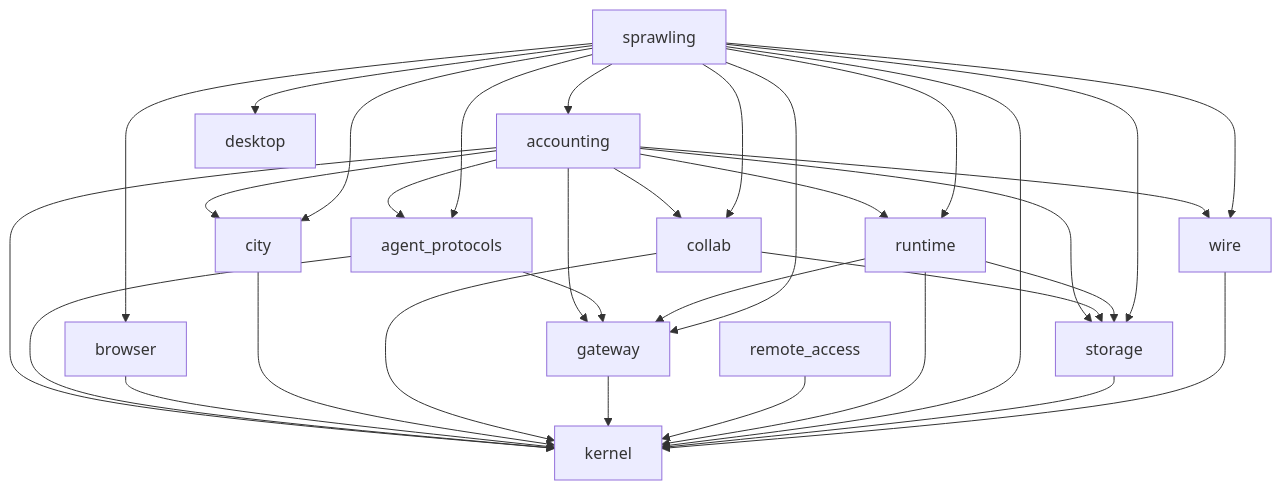
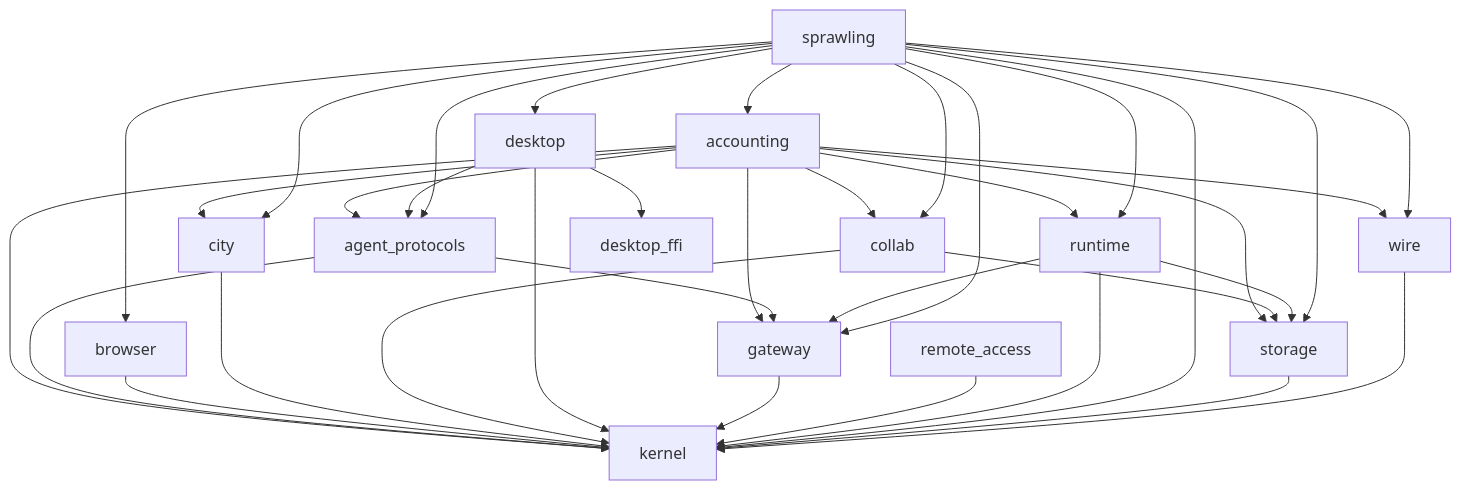
The first of 8 diagrams in ARCHITECTURE.md (2youg1/sprawling-agents), drawn with Mermaid before and after one commit. The commit also changed other lines of this file and 2 other files, not shown here.

Commit message:
card-S8.X4R2: regenerate docnum: 450 packages, 2820 tests, the depmap mermaid and crate table with desktop and desktop_ffi

````diff
--- a/ARCHITECTURE.md
+++ b/ARCHITECTURE.md
@@ -879,37 +879,40 @@
 ```mermaid
 flowchart TD
     accounting --> agent_protocols
     accounting --> city
     accounting --> collab
     accounting --> gateway
     accounting --> kernel
     accounting --> runtime
     accounting --> storage
     accounting --> wire
     agent_protocols --> gateway
     agent_protocols --> kernel
     browser --> kernel
     city --> kernel
     collab --> kernel
     collab --> storage
-    desktop
+    desktop --> agent_protocols
+    desktop --> desktop_ffi
+    desktop --> kernel
+    desktop_ffi
     gateway --> kernel
     kernel
     remote_access --> kernel
     runtime --> gateway
     runtime --> kernel
     runtime --> storage
     sprawling --> accounting
     sprawling --> agent_protocols
     sprawling --> browser
     sprawling --> city
     sprawling --> collab
     sprawling --> desktop
     sprawling --> gateway
     sprawling --> kernel
     sprawling --> runtime
     sprawling --> storage
     sprawling --> wire
     storage --> kernel
     wire --> kernel
 ```
````
